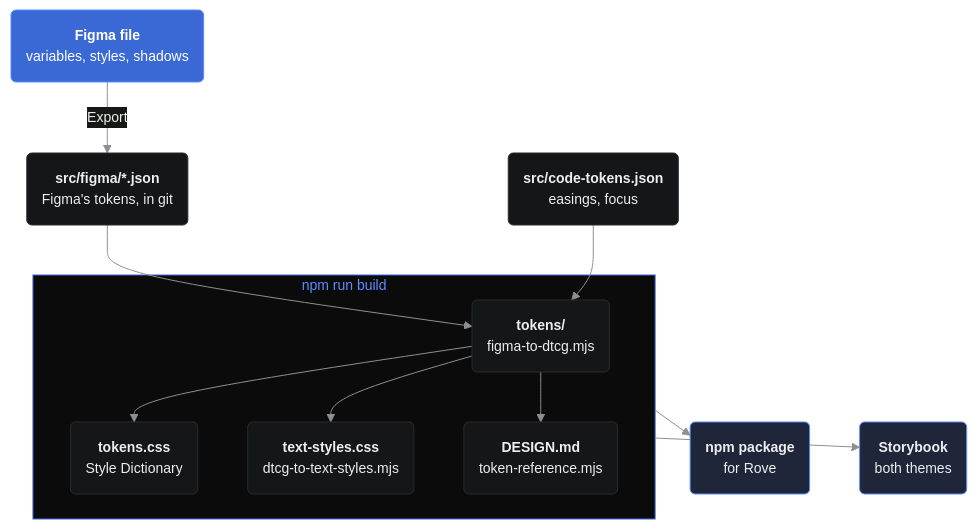
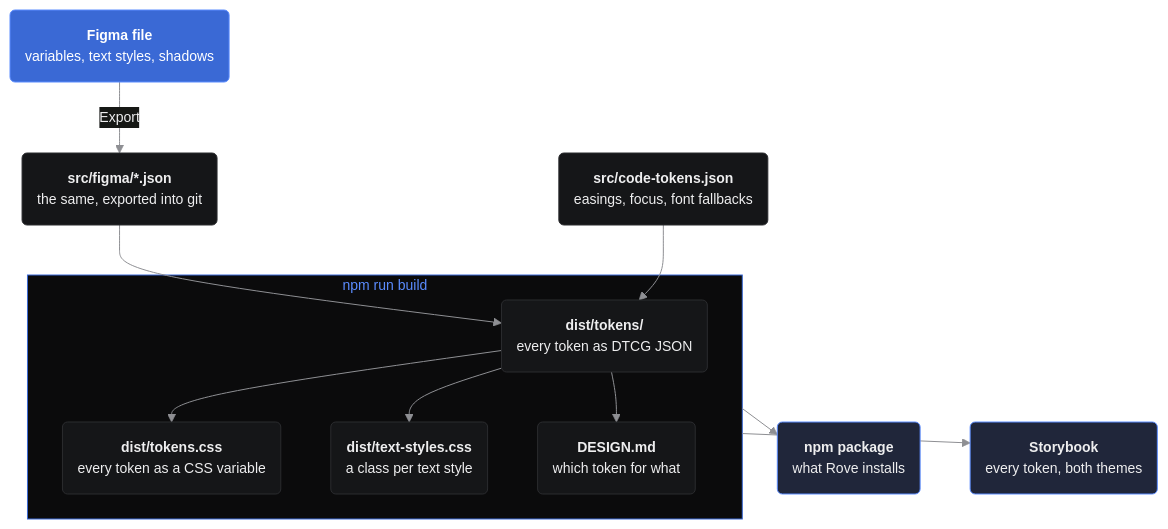
One commit to swiftsolve/rove-tokens changed the diagram in README.md. Above: the diagram before and after it, drawn with Mermaid. The commit also changed other lines of this file, not shown here.

Commit message:
docs(readme): every diagram box says what it holds; the scripts that write them stay in What's where
Some boxes named their contents and others the script that wrote them, so
the diagram read as two diagrams at once.

````diff
--- a/README.md
+++ b/README.md
@@ -41,26 +41,26 @@
 ```mermaid
 %%{init: {"themeCSS": ".cluster-label { translate: 236px 0; }", "theme": "base", "themeVariables": {"fontFamily": "Inter, -apple-system, Segoe UI, Helvetica, Arial, sans-serif", "fontSize": "14px", "primaryColor": "#151618", "primaryTextColor": "#eeeeef", "primaryBorderColor": "#2b2c2f", "lineColor": "#8e8f93", "clusterBkg": "#0b0b0c", "clusterBorder": "#3a69d5", "titleColor": "#5b8cff", "dropShadow": "none"}}}%%
 flowchart TD
-  figma("<b>Figma file</b><br/>variables, styles, shadows"):::source
-  exports("<b>src/figma/*.json</b><br/>Figma's tokens, in git"):::file
-  code("<b>src/code‑tokens.json</b><br/>easings, focus"):::file
+  figma("<b>Figma file</b><br/>variables, text styles, shadows"):::source
+  exports("<b>src/figma/*.json</b><br/>the same, exported into git"):::file
+  code("<b>src/code‑tokens.json</b><br/>easings, focus, font fallbacks"):::file
 
   subgraph build ["npm run build"]
-    dtcg("<b>tokens/</b><br/>figma‑to‑dtcg.mjs"):::file
-    css("<b>tokens.css</b><br/>Style Dictionary"):::file
-    textCss("<b>text-styles.css</b><br/>dtcg‑to‑text‑styles.mjs"):::file
-    design("<b>DESIGN.md</b><br/>token‑reference.mjs"):::file
+    dtcg("<b>dist/tokens/</b><br/>every token as DTCG JSON"):::file
+    css("<b>dist/tokens.css</b><br/>every token as a CSS variable"):::file
+    textCss("<b>dist/text-styles.css</b><br/>a class per text style"):::file
+    design("<b>DESIGN.md</b><br/>which token for what"):::file
   end
 
-  pkg("<b>npm package</b><br/>for Rove"):::ship
-  storybook("<b>Storybook</b><br/>both themes"):::ship
+  pkg("<b>npm package</b><br/>what Rove installs"):::ship
+  storybook("<b>Storybook</b><br/>every token, both themes"):::ship
 
   figma -->|Export| exports
   exports & code --> dtcg
   dtcg --> css & textCss & design
   build --> pkg & storybook
 
   classDef source fill:#3a69d5,stroke:#5b8cff,color:#ffffff
   classDef file fill:#151618,stroke:#2b2c2f,color:#eeeeef
   classDef ship fill:#20263a,stroke:#5b8cff,color:#eeeeef
 ```
````
